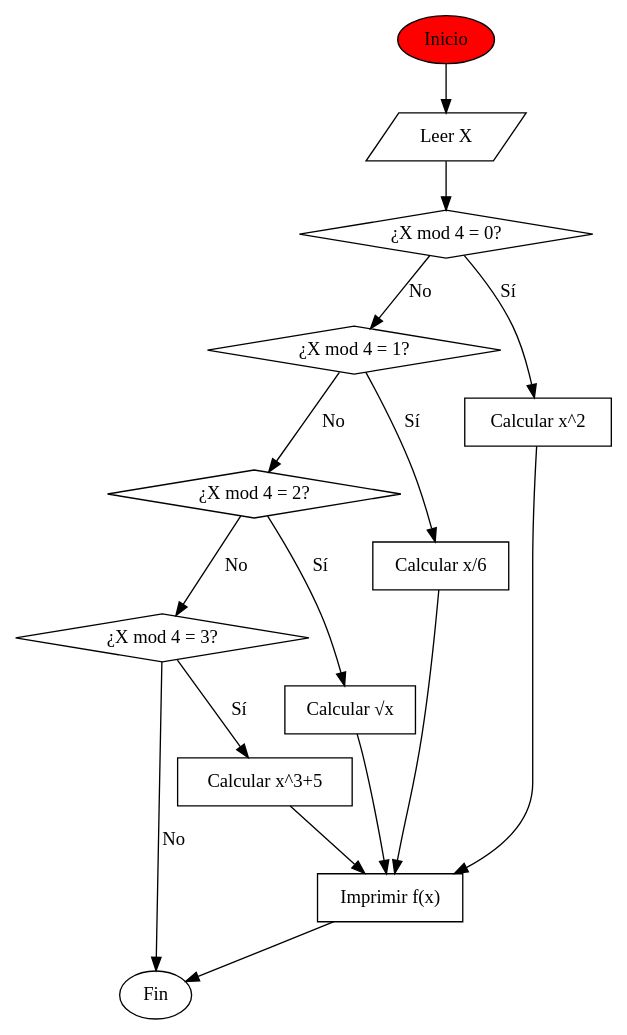
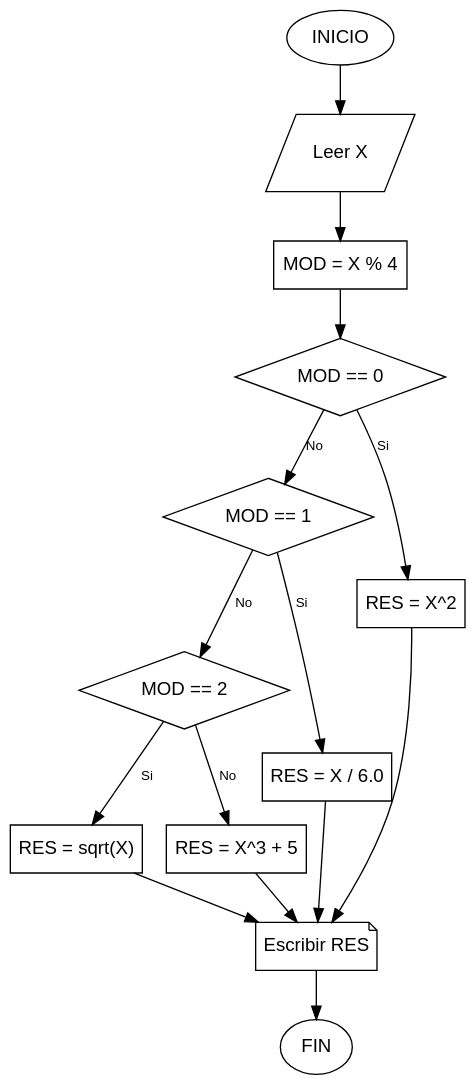
Before and after one commit to 23Leilany166/java-tutor-tics: the diagram in Ejercicios/PS_2_14/Diagrama/PS_2_14.dot, drawn with Graphviz. The commit also changed 248 other files, not shown here.

```diff
--- a/Ejercicios/PS_2_14/Diagrama/PS_2_14.dot
+++ b/Ejercicios/PS_2_14/Diagrama/PS_2_14.dot
@@ -1,73 +1,34 @@
-digraph Calcular_f_x {
-  Inicio [
-    shape=ellipse,
-    label="Inicio", 
-    fillcolor="#FF0000", 
-    style="filled"
-  ];
-  Leer_X [
-    shape=parallelogram,
-    label="Leer X"
-  ];
-  Condicion_0 [
-    shape=diamond,
-    label="¿X mod 4 = 0?"
-  ];
-  Condicion_1 [
-    shape=diamond,
-    label="¿X mod 4 = 1?"
-  ];
-  Condicion_2 [
-    shape=diamond,
-    label="¿X mod 4 = 2?"
-  ];
-  Condicion_3 [
-    shape=diamond,
-    label="¿X mod 4 = 3?"
-  ];
-  Calcular_0 [
-    shape=box,
-    label="Calcular x^2"
-  ];
-  Calcular_1 [
-    shape=box,
-    label="Calcular x/6"
-  ];
-  Calcular_2 [
-    shape=box,
-    label="Calcular √x"
-  ];
-  Calcular_3 [
-    shape=box,
-    label="Calcular x^3+5"
-  ];
-  Imprimir_Resultado [
-    shape=box,
-    label="Imprimir f(x)"
-  ];
-  Fin [
-    shape=ellipse,
-    label="Fin"
-  ];
+digraph PS_2_14 {
+    // Configuración
+    graph [bgcolor="transparent"];
+    node [shape=rect, fontname="Arial", margin="0.1,0.1"];
+    edge [fontname="Arial", fontsize=10];
 
-  Inicio -> Leer_X;
-  Leer_X -> Condicion_0;
+    // Nodos
+    INICIO [shape=ellipse, label="INICIO"];
+    LEER_X [shape=parallelogram, label="Leer X"];
+    CALC_MOD [label="MOD = X % 4"];
+    COND_0 [shape=diamond, label="MOD == 0"];
+    COND_1 [shape=diamond, label="MOD == 1"];
+    COND_2 [shape=diamond, label="MOD == 2"];
+    PROC_0 [label="RES = X^2"];
+    PROC_1 [label="RES = X / 6.0"];
+    PROC_2 [label="RES = sqrt(X)"];
+    PROC_3 [label="RES = X^3 + 5"];
+    IMPRIMIR [shape=note, label="Escribir RES"];
+    FIN [shape=ellipse, label="FIN"];
 
-  Condicion_0 -> Condicion_1 [label="No"];
-  Condicion_0 -> Calcular_0 [label="Sí"];
-
-  Condicion_1 -> Condicion_2 [label="No"];
-  Condicion_1 -> Calcular_1 [label="Sí"];
-
-  Condicion_2 -> Condicion_3 [label="No"];
-  Condicion_2 -> Calcular_2 [label="Sí"];
-
-  Condicion_3 -> Calcular_3 [label="Sí"];
-  Condicion_3 -> Fin [label="No"];
-
-  Calcular_0 -> Imprimir_Resultado;
-  Calcular_1 -> Imprimir_Resultado;
-  Calcular_2 -> Imprimir_Resultado;
-  Calcular_3 -> Imprimir_Resultado;
-  Imprimir_Resultado -> Fin;
+    // Conexiones
+    INICIO -> LEER_X -> CALC_MOD -> COND_0;
+    COND_0 -> PROC_0 [label="Si"]; 
+    COND_0 -> COND_1 [label="No"];
+    COND_1 -> PROC_1 [label="Si"]; 
+    COND_1 -> COND_2 [label="No"];
+    COND_2 -> PROC_2 [label="Si"]; 
+    COND_2 -> PROC_3 [label="No"];
+    PROC_0 -> IMPRIMIR;
+    PROC_1 -> IMPRIMIR;
+    PROC_2 -> IMPRIMIR;
+    PROC_3 -> IMPRIMIR;
+    IMPRIMIR -> FIN;
 }
```
